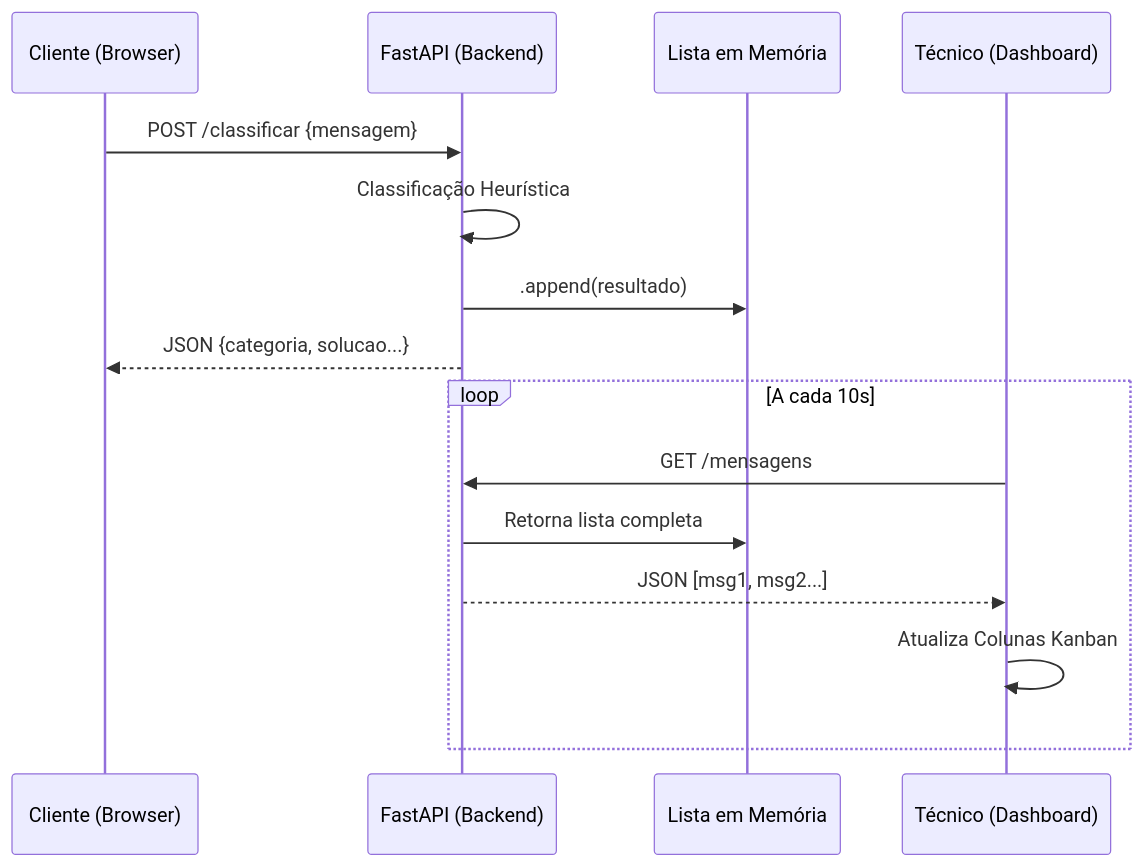
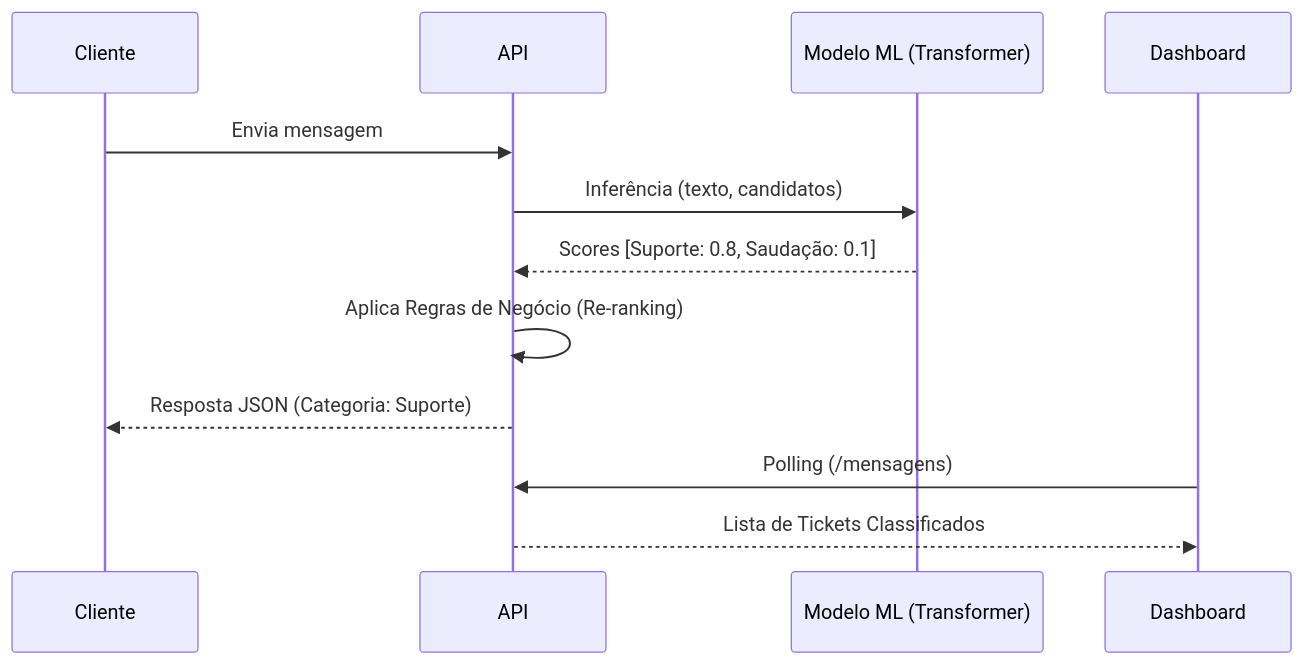
The diagram in README.md (Caio424/avalia-o_backend), drawn with Mermaid before and after one commit. The commit also changed other lines of this file, not shown here.

````diff
--- a/README.md
+++ b/README.md
@@ -140,19 +97,16 @@
 ```mermaid
 sequenceDiagram
-    participant User as Cliente (Browser)
-    participant API as FastAPI (Backend)
-    participant DB as Lista em Memória
-    participant Tech as Técnico (Dashboard)
+    participant Cliente
+    participant API
+    participant Modelo as Modelo ML (Transformer)
+    participant Dashboard
 
-    User->>API: POST /classificar {mensagem}
-    API->>API: Classificação Heurística
-    API->>DB: .append(resultado)
-    API-->>User: JSON {categoria, solucao...}
+    Cliente->>API: Envia mensagem
+    API->>Modelo: Inferência (texto, candidatos)
+    Modelo-->>API: Scores [Suporte: 0.8, Saudação: 0.1]
+    API->>API: Aplica Regras de Negócio (Re-ranking)
+    API-->>Cliente: Resposta JSON (Categoria: Suporte)
     
-    loop A cada 10s
-        Tech->>API: GET /mensagens
-        API->>DB: Retorna lista completa
-        API-->>Tech: JSON [msg1, msg2...]
-        Tech->>Tech: Atualiza Colunas Kanban
-    end
+    Dashboard->>API: Polling (/mensagens)
+    API-->>Dashboard: Lista de Tickets Classificados
 ```
````
